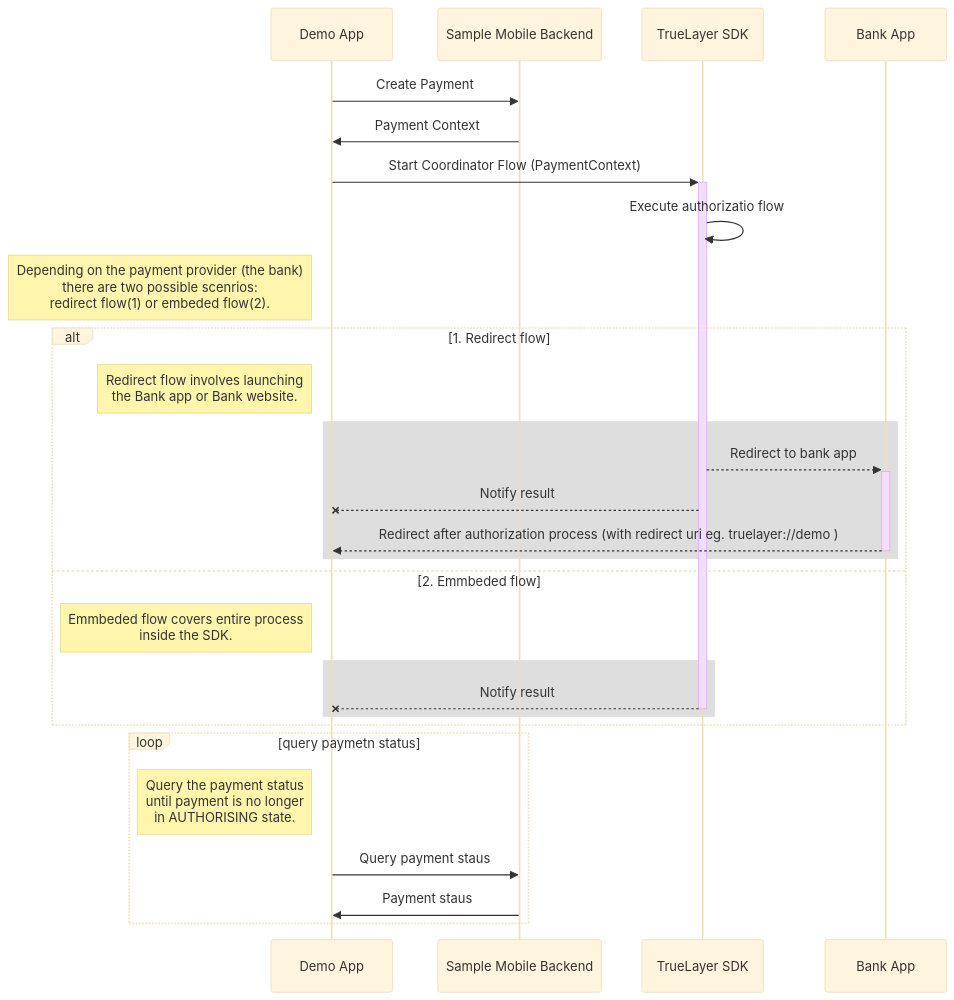
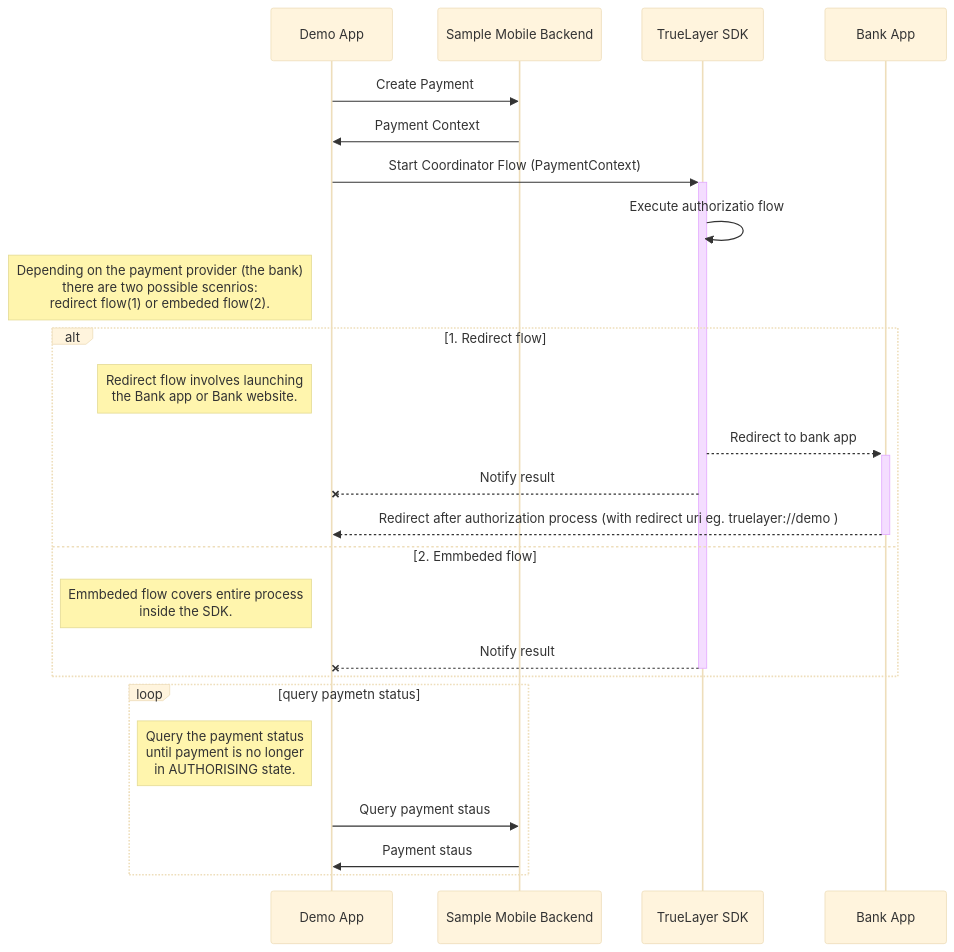
One commit to TrueLayer/truelayer-android-sdk-demo changed the diagram in README.md. Above: the diagram before and after it, drawn with Mermaid (base theme).

Commit message:
removing background

````diff
--- a/README.md
+++ b/README.md
@@ -47,34 +47,30 @@
 ```mermaid
 sequenceDiagram
 	participant app as Demo App
 	participant backend as Sample Mobile Backend
 	participant SDK as TrueLayer SDK
 	participant Bank as Bank App
 
 	app ->> backend: Create Payment
 	backend ->> app: Payment Context
 	app ->>+ SDK: Start Coordinator Flow (PaymentContext)
 	SDK ->> SDK: Execute authorizatio flow
 
 	note left of app: Depending on the payment provider (the bank) <br/>there are two possible scenrios:<br/>redirect flow(1) or embeded flow(2).
 
 	alt 1. Redirect flow
 	note left of app: Redirect flow involves launching<br/> the Bank app or Bank website.
-	rect rgb(222,222,222)
 	SDK -->>+ Bank: Redirect to bank app
 	SDK --x app: Notify result
 	Bank -->>- app: Redirect after authorization process (with redirect uri eg. truelayer://demo )
-	end
 	else 2. Emmbeded flow
 		note left of app: Emmbeded flow covers entire process<br/> inside the SDK.
-	rect rgb(222,222,222)
 	SDK --x- app: Notify result
-	end
 	end
 
 	loop query paymetn status
 	note left of app: Query the payment status<br/>until payment is no longer<br/>in AUTHORISING state.
 	app ->> backend: Query payment staus
 	backend ->> app: Payment staus
 	end
 ```
````
